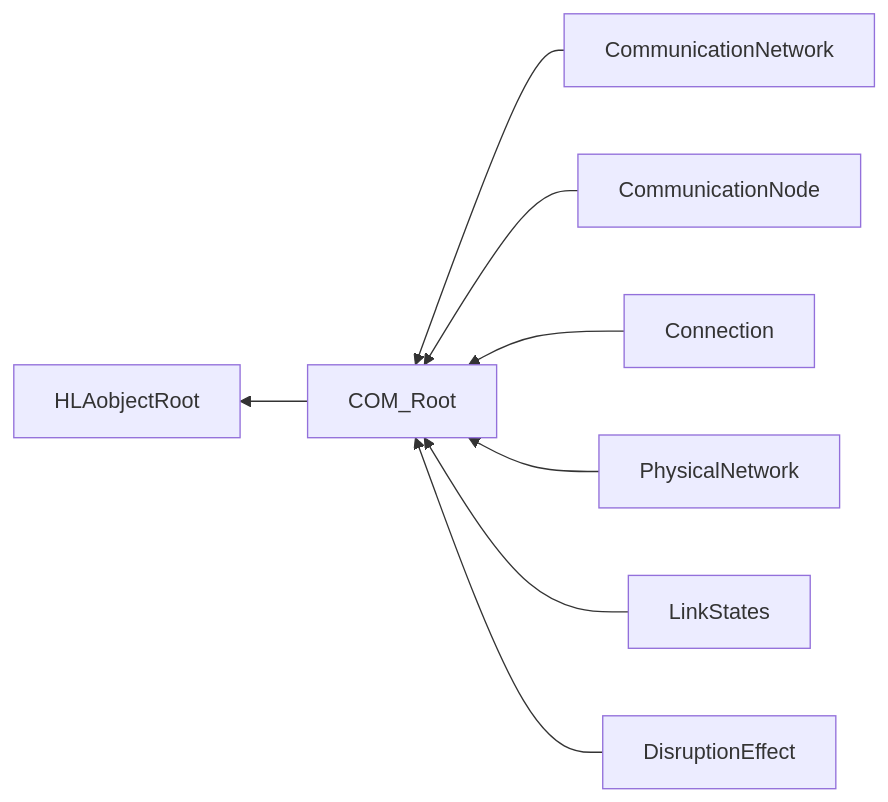
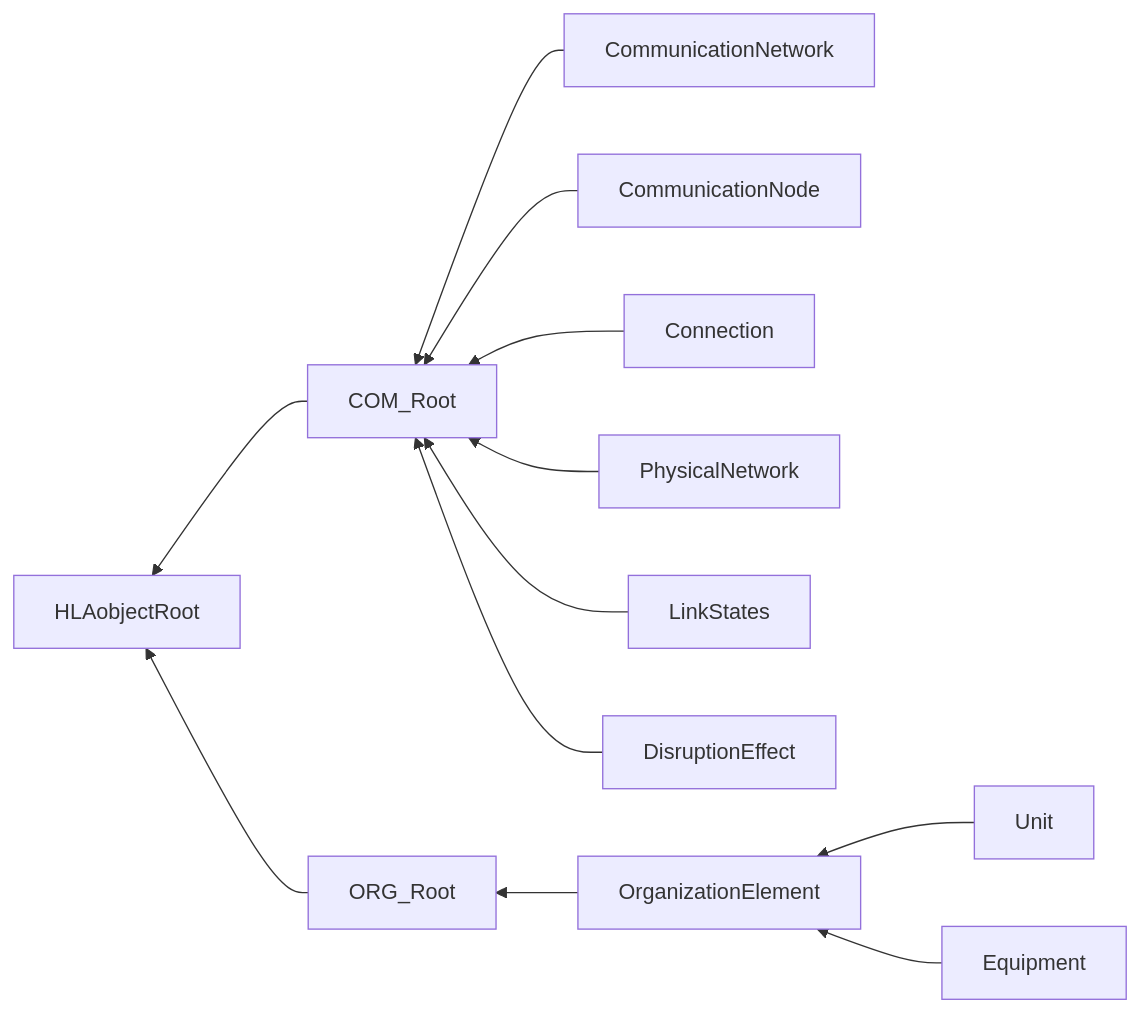
Before and after one commit to AMSP-04/NETN-COM: the first of 2 diagrams in NETN-COM.md, drawn with Mermaid. The commit also changed other lines of this file and 3 other files, not shown here.

````diff
--- a/NETN-COM.md
+++ b/NETN-COM.md
@@ -63,10 +19,14 @@
 ```mermaid
 graph RL
-COM_Root --> HLAobjectRoot
-CommunicationNetwork --> COM_Root
-CommunicationNode --> COM_Root
-Connection --> COM_Root
-PhysicalNetwork --> COM_Root
-LinkStates --> COM_Root
-DisruptionEffect --> COM_Root
+COM_Root-->HLAobjectRoot
+ORG_Root-->HLAobjectRoot
+CommunicationNetwork-->COM_Root
+CommunicationNode-->COM_Root
+Connection-->COM_Root
+PhysicalNetwork-->COM_Root
+LinkStates-->COM_Root
+DisruptionEffect-->COM_Root
+OrganizationElement-->ORG_Root
+Unit-->OrganizationElement
+Equipment-->OrganizationElement
 ```
````
